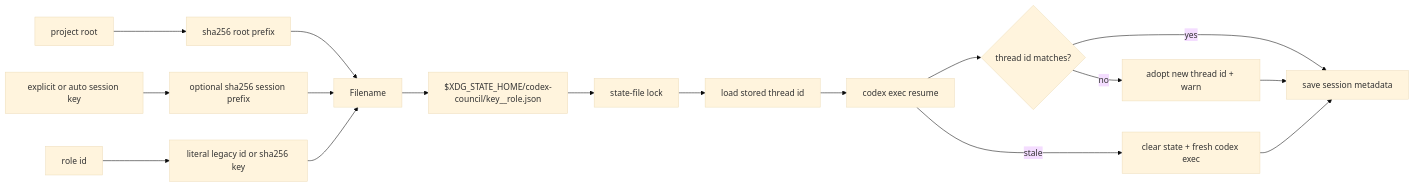
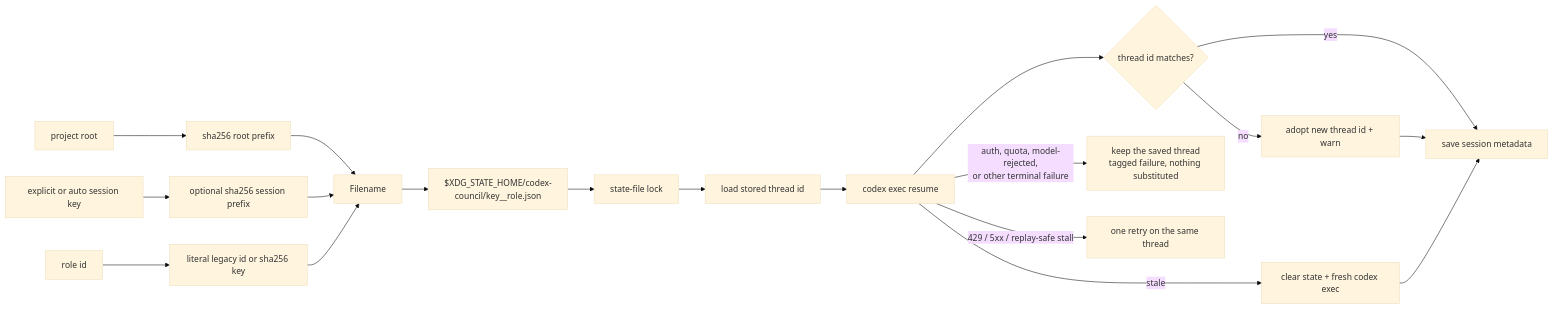
One commit to ehzawad/codex-council changed the sixth of 6 diagrams in DESIGN.md. Above: the diagram before and after it, drawn with Mermaid (base theme). The commit also changed other lines of this file and 1 other file, not shown here.

First line of the commit message:
Refresh diagrams: module layout, failure paths that keep state, discovery teardown

````diff
--- a/DESIGN.md
+++ b/DESIGN.md
@@ -1136,20 +1160,22 @@
 ```mermaid
 flowchart LR
     Root["project root"] --> RootHash["sha256 root prefix"]
     Env["explicit or auto session key"] --> SessionHash["optional sha256 session prefix"]
     Role["role id"] --> RoleKey["literal legacy id or sha256 key"]
 
     RootHash --> Filename
     SessionHash --> Filename
     RoleKey --> Filename
     Filename --> State["$XDG_STATE_HOME/codex-council/key__role.json"]
     State --> Lock["state-file lock"]
     Lock --> Load["load stored thread id"]
     Load --> Resume["codex exec resume"]
     Resume --> Match{"thread id matches?"}
     Match -->|yes| Save["save session metadata"]
     Match -->|no| Adopt["adopt new thread id + warn"]
     Adopt --> Save
     Resume -->|stale| Fresh["clear state + fresh codex exec"]
     Fresh --> Save
+    Resume -->|"auth, quota, model-rejected,<br/>or other terminal failure"| Keep["keep the saved thread<br/>tagged failure, nothing substituted"]
+    Resume -->|"429 / 5xx / replay-safe stall"| Retry["one retry on the same thread"]
 ```
````
